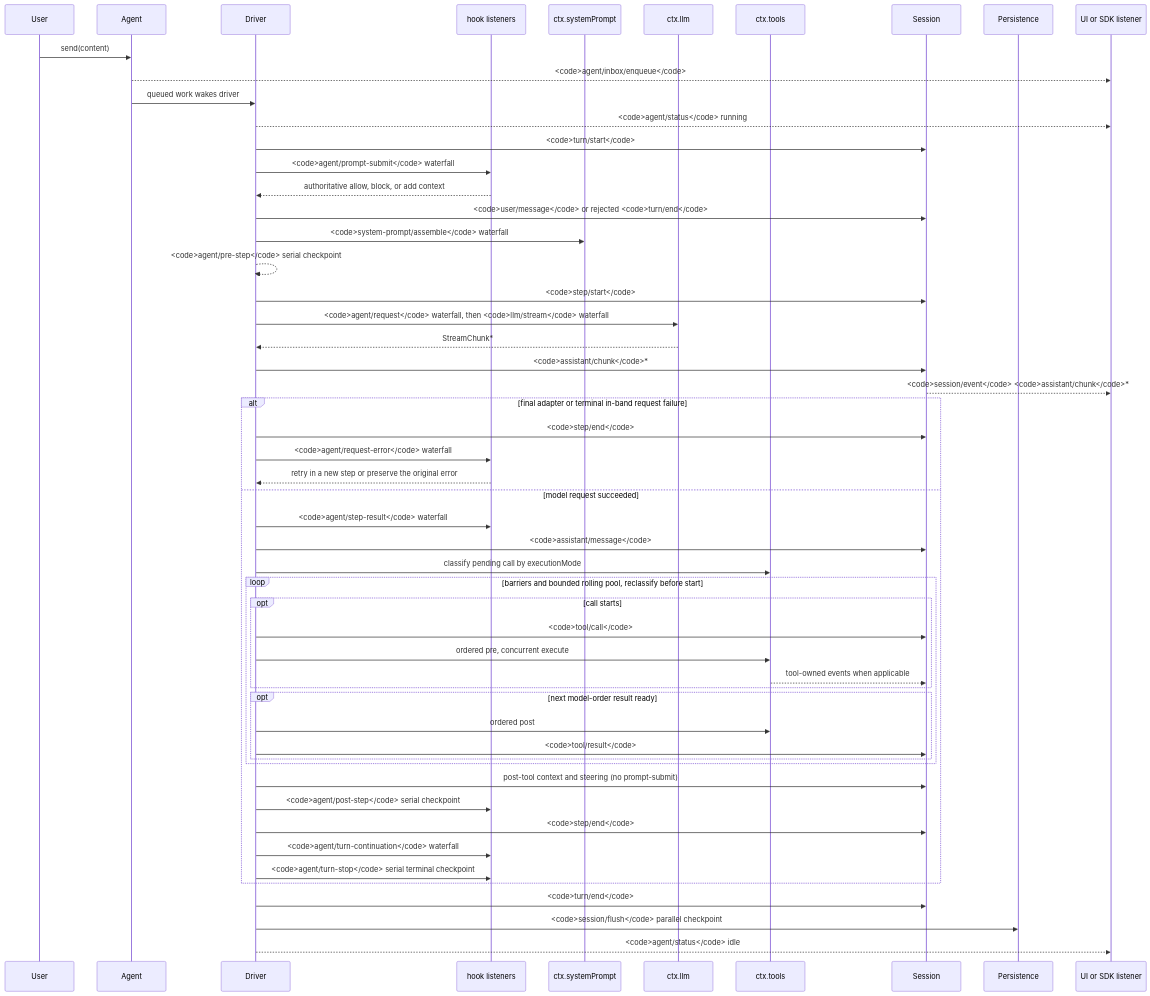
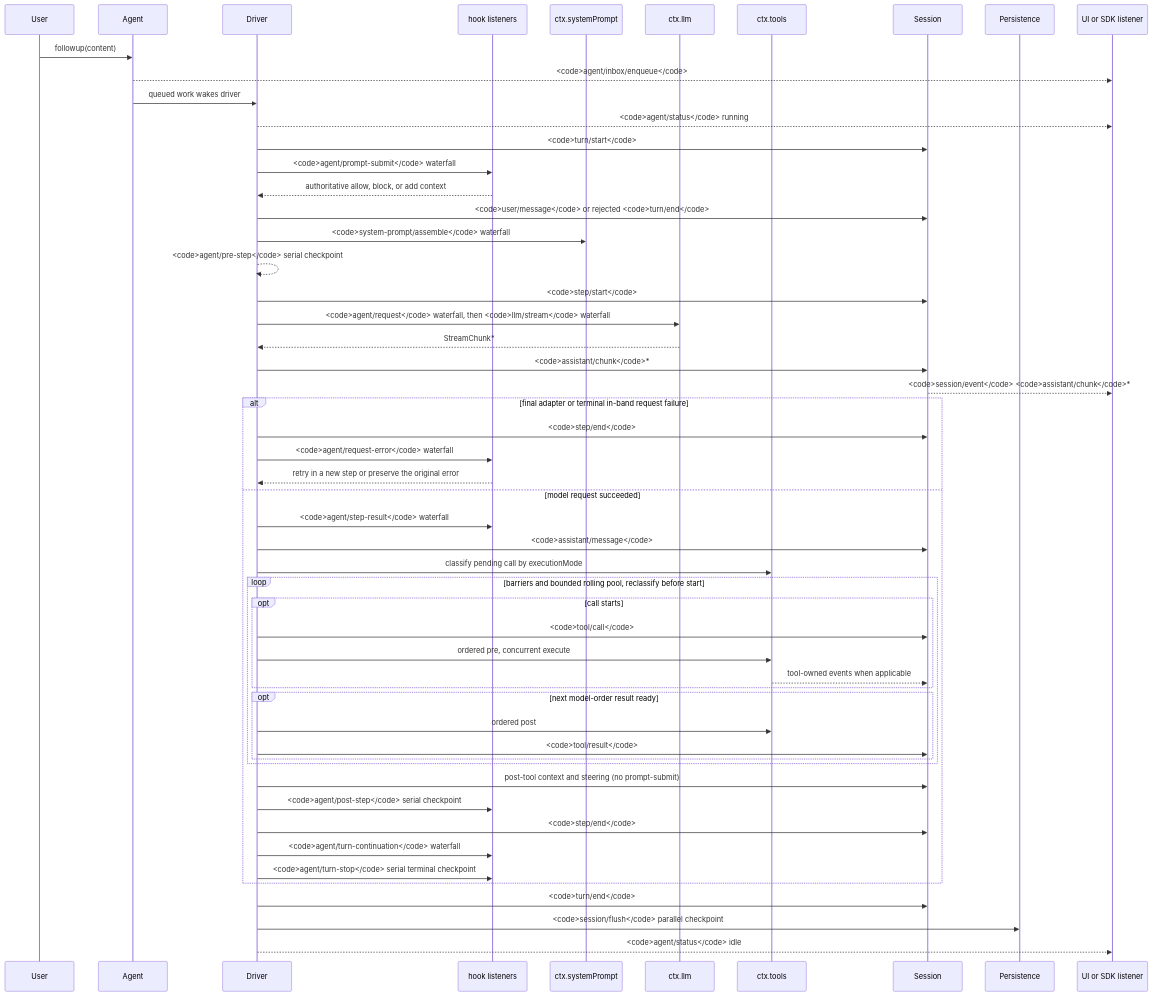
Before and after one commit to 007M7/DeepCode: the diagram in docs/agent-lifecycle.md, drawn with Mermaid. The commit also changed 112 other files, not shown here.

````diff
--- a/docs/agent-lifecycle.md
+++ b/docs/agent-lifecycle.md
@@ -8,56 +8,56 @@
 ```mermaid
 sequenceDiagram
   participant User
   participant Agent
   participant Driver
   participant Hooks as hook listeners
   participant Prompt as ctx.systemPrompt
   participant LLM as ctx.llm
   participant Tools as ctx.tools
   participant Session
   participant Persistence
   participant SDK as UI or SDK listener
-  User->>Agent: send(content)
+  User->>Agent: followup(content)
   Agent-->>SDK: <code>agent/inbox/enqueue</code>
   Agent->>Driver: queued work wakes driver
   Driver-->>SDK: <code>agent/status</code> running
   Driver->>Session: <code>turn/start</code>
   Driver->>Hooks: <code>agent/prompt-submit</code> waterfall
   Hooks-->>Driver: authoritative allow, block, or add context
   Driver->>Session: <code>user/message</code> or rejected <code>turn/end</code>
   Driver->>Prompt: <code>system-prompt/assemble</code> waterfall
   Driver-->>Driver: <code>agent/pre-step</code> serial checkpoint
   Driver->>Session: <code>step/start</code>
   Driver->>LLM: <code>agent/request</code> waterfall, then <code>llm/stream</code> waterfall
   LLM-->>Driver: StreamChunk*
   Driver->>Session: <code>assistant/chunk</code>*
   Session-->>SDK: <code>session/event</code> <code>assistant/chunk</code>*
   alt final adapter or terminal in-band request failure
     Driver->>Session: <code>step/end</code>
     Driver->>Hooks: <code>agent/request-error</code> waterfall
     Hooks-->>Driver: retry in a new step or preserve the original error
   else model request succeeded
   Driver->>Hooks: <code>agent/step-result</code> waterfall
   Driver->>Session: <code>assistant/message</code>
   Driver->>Tools: classify pending call by executionMode
   loop barriers and bounded rolling pool, reclassify before start
     opt call starts
       Driver->>Session: <code>tool/call</code>
       Driver->>Tools: ordered pre, concurrent execute
       Tools-->>Session: tool-owned events when applicable
     end
     opt next model-order result ready
       Driver->>Tools: ordered post
       Driver->>Session: <code>tool/result</code>
     end
   end
   Driver->>Session: post-tool context and steering (no prompt-submit)
   Driver->>Hooks: <code>agent/post-step</code> serial checkpoint
   Driver->>Session: <code>step/end</code>
   Driver->>Hooks: <code>agent/turn-continuation</code> waterfall
   Driver->>Hooks: <code>agent/turn-stop</code> serial terminal checkpoint
   end
   Driver->>Session: <code>turn/end</code>
   Driver->>Persistence: <code>session/flush</code> parallel checkpoint
   Driver-->>SDK: <code>agent/status</code> idle
 ```
````
